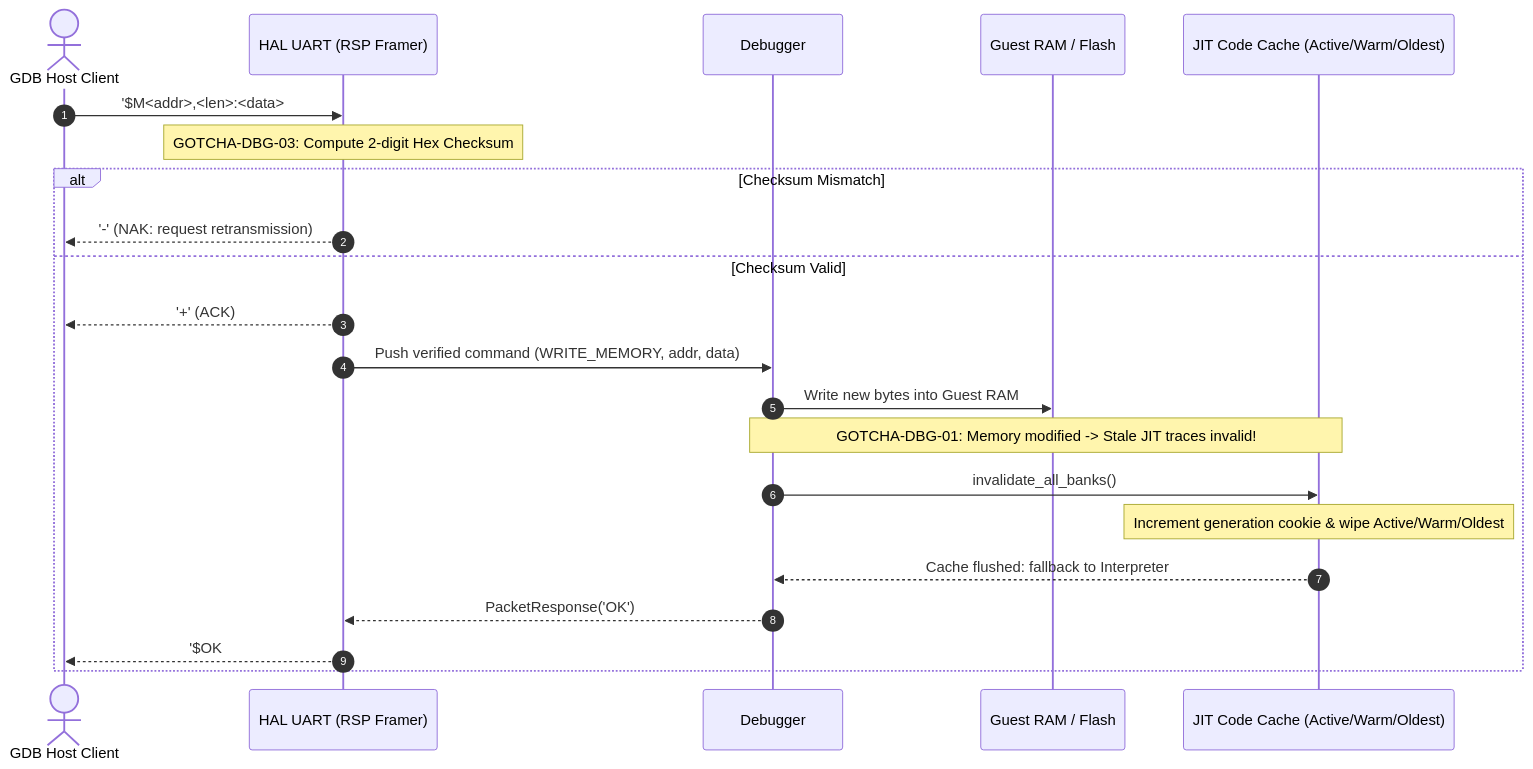
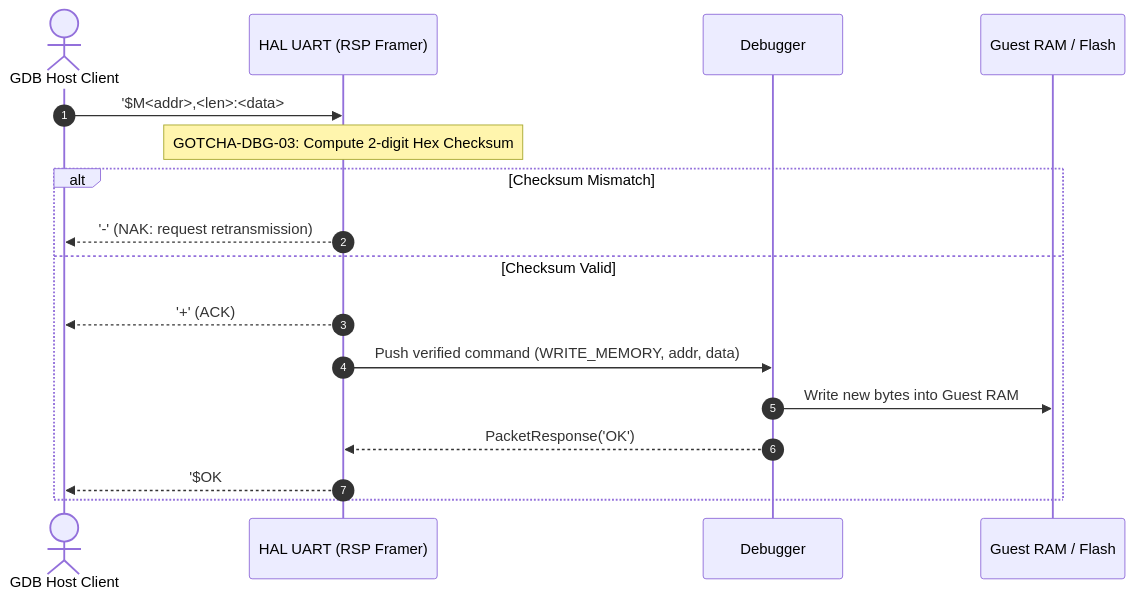
The second of 4 diagrams in docs/components/tier3_plugins/debugger.md (kmt-t/fireball), drawn with Mermaid before and after one commit. The commit also changed other lines of this file and 27 other files, not shown here.

````diff
--- a/docs/components/tier3_plugins/debugger.md
+++ b/docs/components/tier3_plugins/debugger.md
@@ -95,25 +94,20 @@
 ```mermaid
 sequenceDiagram
     autonumber
     actor Host as GDB Host Client
     participant HAL as HAL UART (RSP Framer)
     participant Dbg as Debugger
     participant RAM as Guest RAM / Flash
-    participant JIT as JIT Code Cache (Active/Warm/Oldest)
 
     Host->>HAL: '$M<addr>,<len>:<data>#<chksum>'
     Note over HAL: GOTCHA-DBG-03: Compute 2-digit Hex Checksum
     alt Checksum Mismatch
         HAL-->>Host: '-' (NAK: request retransmission)
     else Checksum Valid
         HAL-->>Host: '+' (ACK)
         HAL->>Dbg: Push verified command (WRITE_MEMORY, addr, data)
         Dbg->>RAM: Write new bytes into Guest RAM
-        Note over Dbg,JIT: GOTCHA-DBG-01: Memory modified -> Stale JIT traces invalid!
-        Dbg->>JIT: invalidate_all_banks()
-        Note over JIT: Increment generation cookie & wipe Active/Warm/Oldest
-        JIT-->>Dbg: Cache flushed: fallback to Interpreter
         Dbg-->>HAL: PacketResponse('OK')
         HAL-->>Host: '$OK#9a'
     end
 ```
````
